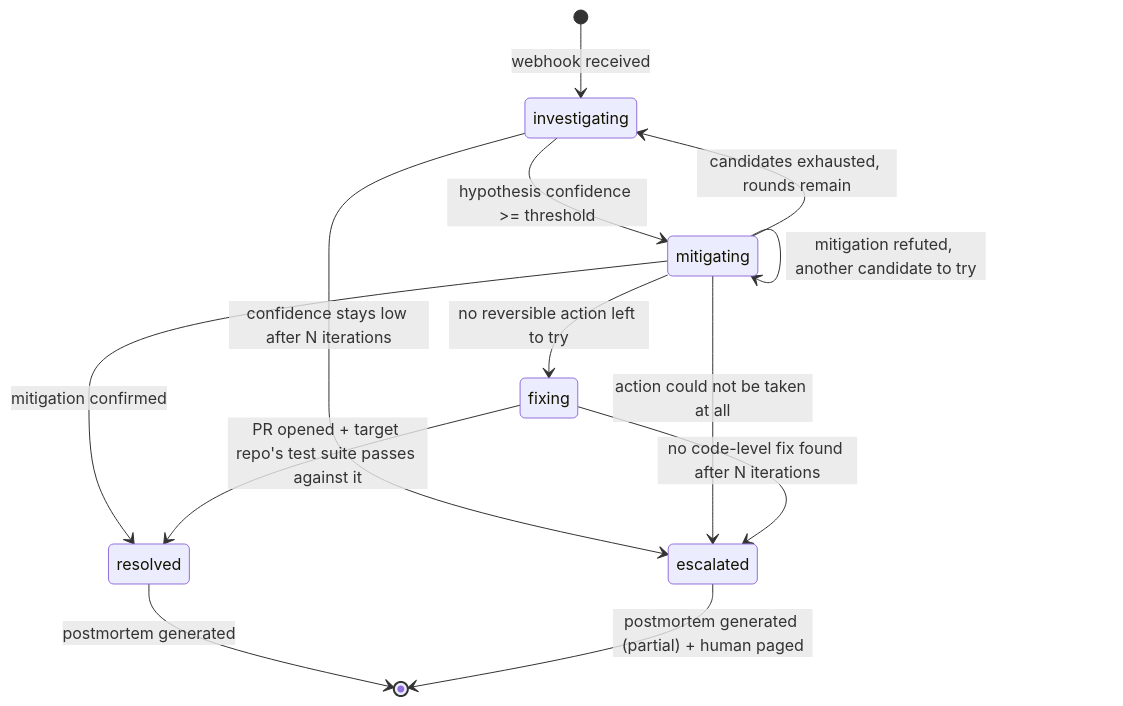
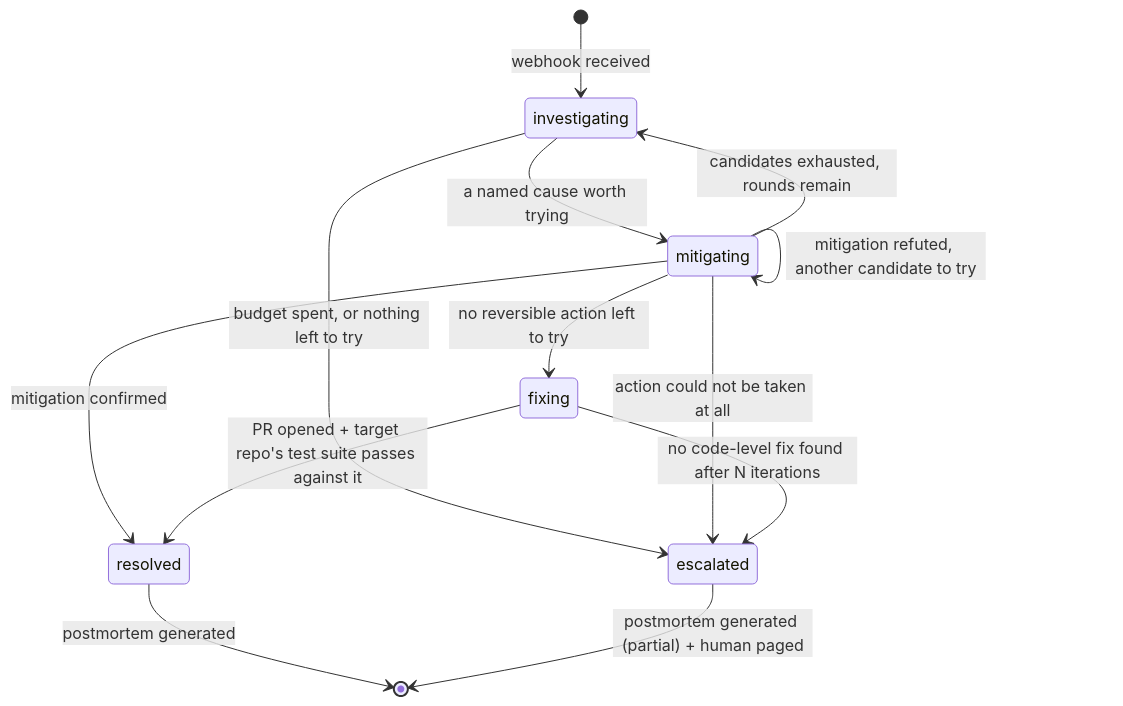
One commit to ohadraz/Argus changed the third of 5 diagrams in docs/spec-and-architecture.md. Above: the diagram before and after it, drawn with Mermaid. The commit also changed other lines of this file and 241 other files, not shown here.

````diff
--- a/docs/spec-and-architecture.md
+++ b/docs/spec-and-architecture.md
@@ -239,15 +242,15 @@
 ```mermaid
 stateDiagram-v2
     [*] --> investigating: webhook received
-    investigating --> mitigating: hypothesis confidence >= threshold
-    investigating --> escalated: confidence stays low after N iterations
+    investigating --> mitigating: a named cause worth trying
+    investigating --> escalated: budget spent, or nothing left to try
     mitigating --> resolved: mitigation confirmed
     mitigating --> mitigating: mitigation refuted, another candidate to try
     mitigating --> investigating: candidates exhausted, rounds remain
     mitigating --> escalated: action could not be taken at all
     mitigating --> fixing: no reversible action left to try
     fixing --> resolved: PR opened + target repo's test suite passes against it
     fixing --> escalated: no code-level fix found after N iterations
     resolved --> [*]: postmortem generated
     escalated --> [*]: postmortem generated (partial) + human paged
 ```
````
